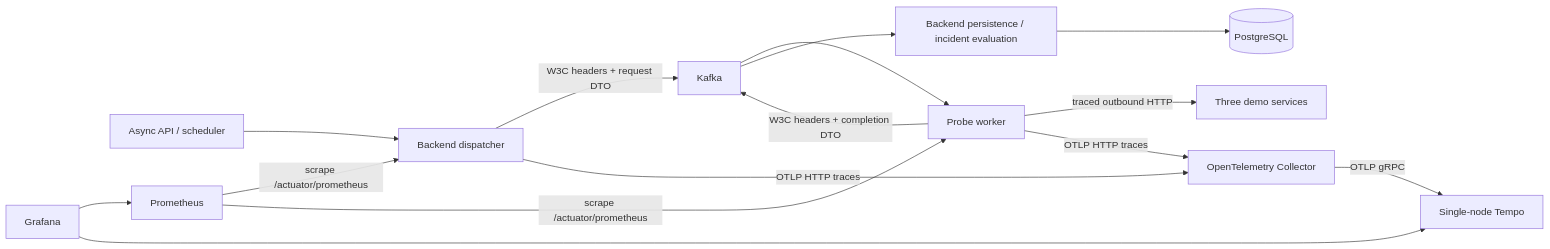
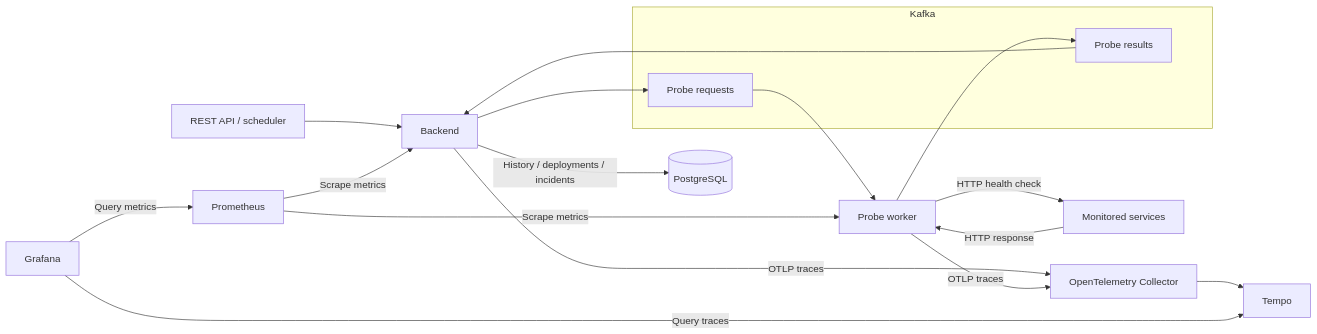
Before and after one commit to doctor277/launchguard: the diagram in README.md, drawn with Mermaid. The commit also changed other lines of this file and 1 other file, not shown here.

````diff
--- a/README.md
+++ b/README.md
@@ -80,17 +17,23 @@
 ```mermaid
 flowchart LR
-    API[Async API / scheduler] --> Backend[Backend dispatcher]
-    Backend -->|W3C headers + request DTO| Kafka[Kafka]
-    Kafka --> Worker[Probe worker]
-    Worker -->|traced outbound HTTP| Demos[Three demo services]
-    Worker -->|W3C headers + completion DTO| Kafka
-    Kafka --> Persistence[Backend persistence / incident evaluation]
-    Persistence --> DB[(PostgreSQL)]
-    Backend -->|OTLP HTTP traces| Collector[OpenTelemetry Collector]
-    Worker -->|OTLP HTTP traces| Collector
-    Collector -->|OTLP gRPC| Tempo[Single-node Tempo]
-    Prometheus -->|scrape /actuator/prometheus| Backend
-    Prometheus -->|scrape /actuator/prometheus| Worker
-    Grafana --> Prometheus
-    Grafana --> Tempo
+    Client[REST API / scheduler] --> Backend[Backend]
+    subgraph Kafka[Kafka]
+        Requests[Probe requests]
+        Results[Probe results]
+    end
+    Backend --> Requests
+    Requests --> Worker[Probe worker]
+    Worker -->|HTTP health check| Services[Monitored services]
+    Services -->|HTTP response| Worker
+    Worker --> Results
+    Results --> Backend
+    Backend -->|History / deployments / incidents| DB[(PostgreSQL)]
+
+    Prometheus -->|Scrape metrics| Backend
+    Prometheus -->|Scrape metrics| Worker
+    Backend -->|OTLP traces| Collector[OpenTelemetry Collector]
+    Worker -->|OTLP traces| Collector
+    Collector --> Tempo
+    Grafana -->|Query metrics| Prometheus
+    Grafana -->|Query traces| Tempo
 ```
````
